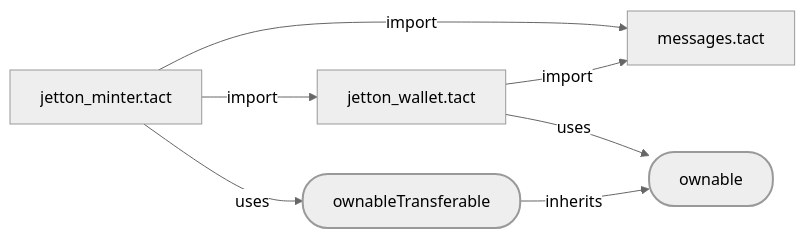
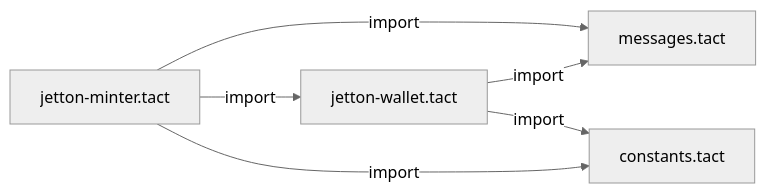
One commit to tact-lang/jetton changed the third of 3 diagrams in README.md. Above: the diagram before and after it, drawn with Mermaid (neutral theme). The commit also changed other lines of this file, not shown here.

````diff
--- a/README.md
+++ b/README.md
@@ -170,15 +195,9 @@
 ```mermaid
 graph LR
-    B[jetton_minter.tact] -->|import| A[messages.tact]
-    C[jetton_wallet.tact] -->|import| A[messages.tact]
-    B[jetton_minter.tact] -->|import| C[jetton_wallet.tact]
+    B[jetton-minter.tact] -->|import| A[messages.tact]
+    C[jetton-wallet.tact] -->|import| A[messages.tact]
+    B[jetton-minter.tact] -->|import| C[jetton-wallet.tact]
 
-    C[jetton_wallet.tact] -->|uses| E[ownable]
-    B[jetton_minter.tact] -->|uses| F[ownableTransferable]
-    F[ownableTransferable] -->|inherits| E[ownable]
-
-    class E,F ownableStyle;
-
-    classDef ownableStyle stroke-width:2,rx:25,ry:25;
-
+    C[jetton-wallet.tact] -->|import| E[constants.tact]
+    B[jetton-minter.tact] -->|import| E[constants.tact]
 ```
````
